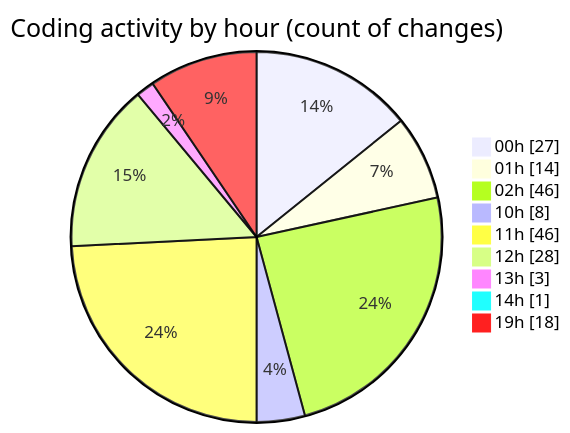
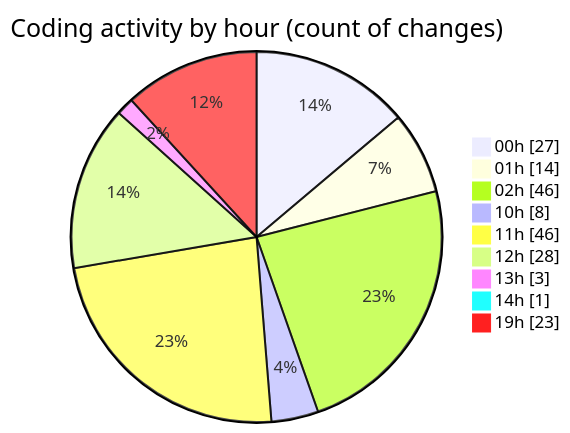
Before and after one commit to lephambinh05/code-tracking: the second of 2 diagrams in 2025-07-17/nhahang/README.md, drawn with Mermaid. The commit also changed other lines of this file and 1 other file, not shown here.

````diff
--- a/2025-07-17/nhahang/README.md
+++ b/2025-07-17/nhahang/README.md
@@ -84,13 +89,13 @@
 ```mermaid
 pie showData
 title Coding activity by hour (count of changes)
 "00h" : 27
 "01h" : 14
 "02h" : 46
 "10h" : 8
 "11h" : 46
 "12h" : 28
 "13h" : 3
 "14h" : 1
-"19h" : 18
+"19h" : 23
 ```
````
